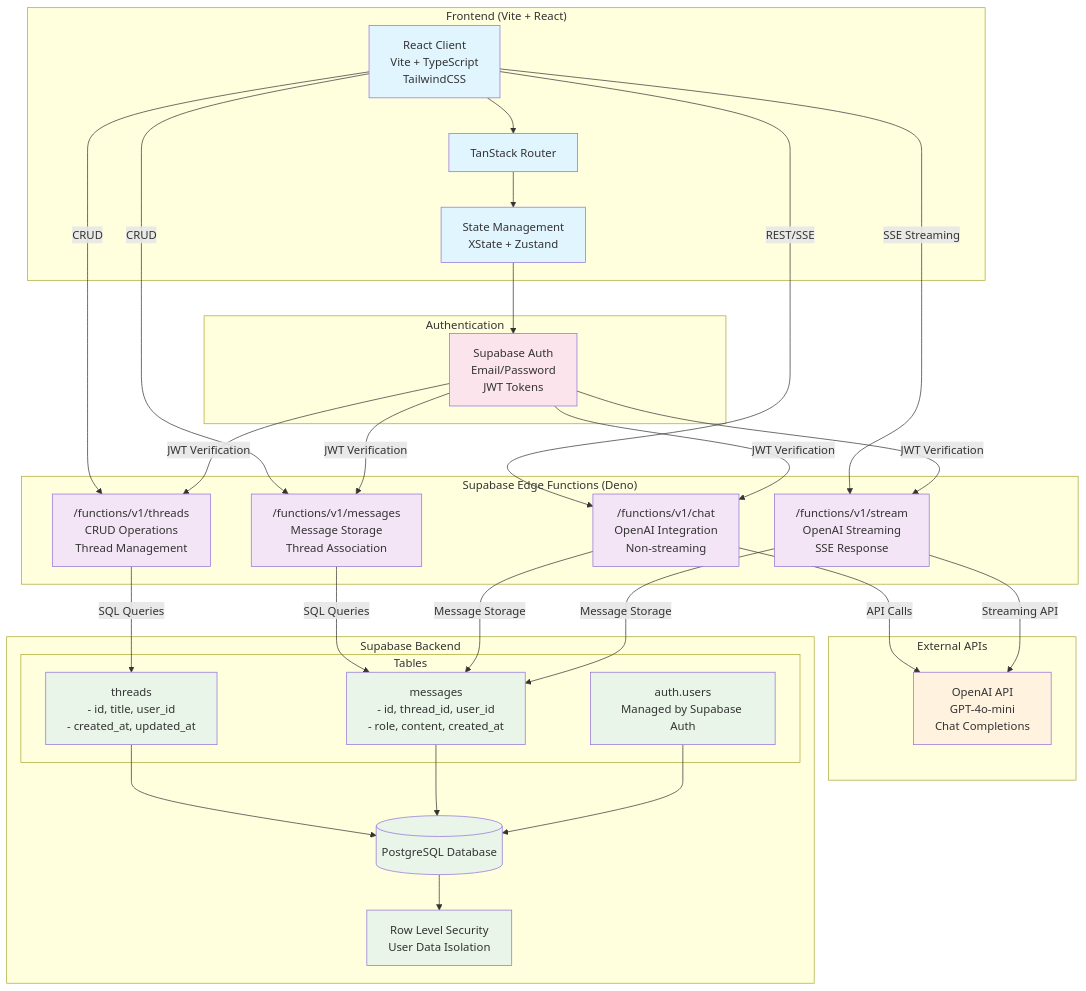
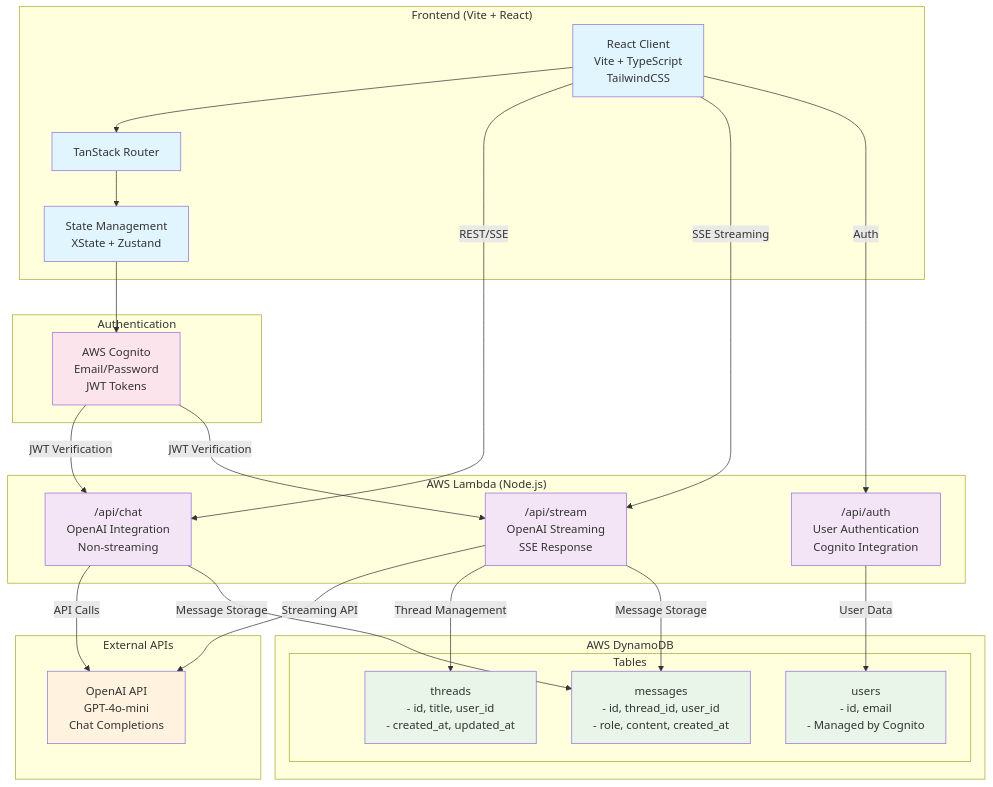
The diagram in README.md (pinkishincoloragain/ai-interface-project), drawn with Mermaid before and after one commit. The commit also changed other lines of this file and 1 other file, not shown here.

````diff
--- a/README.md
+++ b/README.md
@@ -213,79 +254,67 @@
 ```mermaid
 graph TB
     %% Client Layer
     subgraph "Frontend (Vite + React)"
         Client[React Client<br/>Vite + TypeScript<br/>TailwindCSS]
         Router[TanStack Router]
         StateManager[State Management<br/>XState + Zustand]
     end
 
     %% Authentication Layer
     subgraph "Authentication"
-        Auth[Supabase Auth<br/>Email/Password<br/>JWT Tokens]
+        Auth[AWS Cognito<br/>Email/Password<br/>JWT Tokens]
     end
 
-    %% API Gateway / Edge Functions
-    subgraph "Supabase Edge Functions (Deno)"
-        ChatFunc["/functions/v1/chat"<br/>OpenAI Integration<br/>Non-streaming]
-        StreamFunc["/functions/v1/stream"<br/>OpenAI Streaming<br/>SSE Response]
-        ThreadsFunc["/functions/v1/threads"<br/>CRUD Operations<br/>Thread Management]
-        MessagesFunc["/functions/v1/messages"<br/>Message Storage<br/>Thread Association]
+    %% API Gateway / Lambda Functions
+    subgraph "AWS Lambda (Node.js)"
+        ChatFunc["/api/chat"<br/>OpenAI Integration<br/>Non-streaming]
+        StreamFunc["/api/stream"<br/>OpenAI Streaming<br/>SSE Response]
+        AuthFunc["/api/auth"<br/>User Authentication<br/>Cognito Integration]
     end
 
     %% External Services
     subgraph "External APIs"
         OpenAI[OpenAI API<br/>GPT-4o-mini<br/>Chat Completions]
     end
 
     %% Database Layer
-    subgraph "Supabase Backend"
-        DB[(PostgreSQL Database)]
+    subgraph "AWS DynamoDB"
         subgraph "Tables"
             ThreadsTable[threads<br/>- id, title, user_id<br/>- created_at, updated_at]
             MessagesTable[messages<br/>- id, thread_id, user_id<br/>- role, content, created_at]
-            UsersTable[auth.users<br/>Managed by Supabase Auth]
+            UsersTable[users<br/>- id, email<br/>- Managed by Cognito]
         end
-        RLS[Row Level Security<br/>User Data Isolation]
     end
 
     %% Data Flow Connections
     Client --> Router
     Router --> StateManager
     StateManager --> Auth
 
     Client -->|"REST/SSE"| ChatFunc
     Client -->|"SSE Streaming"| StreamFunc
-    Client -->|"CRUD"| ThreadsFunc
-    Client -->|"CRUD"| MessagesFunc
+    Client -->|"Auth"| AuthFunc
 
     Auth -->|"JWT Verification"| ChatFunc
     Auth -->|"JWT Verification"| StreamFunc
-    Auth -->|"JWT Verification"| ThreadsFunc
-    Auth -->|"JWT Verification"| MessagesFunc
 
     ChatFunc -->|"API Calls"| OpenAI
     StreamFunc -->|"Streaming API"| OpenAI
 
-    ThreadsFunc -->|"SQL Queries"| ThreadsTable
-    MessagesFunc -->|"SQL Queries"| MessagesTable
+    AuthFunc -->|"User Data"| UsersTable
     ChatFunc -->|"Message Storage"| MessagesTable
+    StreamFunc -->|"Thread Management"| ThreadsTable
     StreamFunc -->|"Message Storage"| MessagesTable
-
-    ThreadsTable --> DB
-    MessagesTable --> DB
-    UsersTable --> DB
-    DB --> RLS
-
     %% Styling
     classDef frontend fill:#e1f5fe
     classDef backend fill:#f3e5f5
     classDef database fill:#e8f5e8
     classDef external fill:#fff3e0
     classDef auth fill:#fce4ec
 
     class Client,Router,StateManager frontend
-    class ChatFunc,StreamFunc,ThreadsFunc,MessagesFunc backend
-    class DB,ThreadsTable,MessagesTable,UsersTable,RLS database
+    class ChatFunc,StreamFunc,AuthFunc backend
+    class ThreadsTable,MessagesTable,UsersTable database
     class OpenAI external
     class Auth auth
 ```
````
